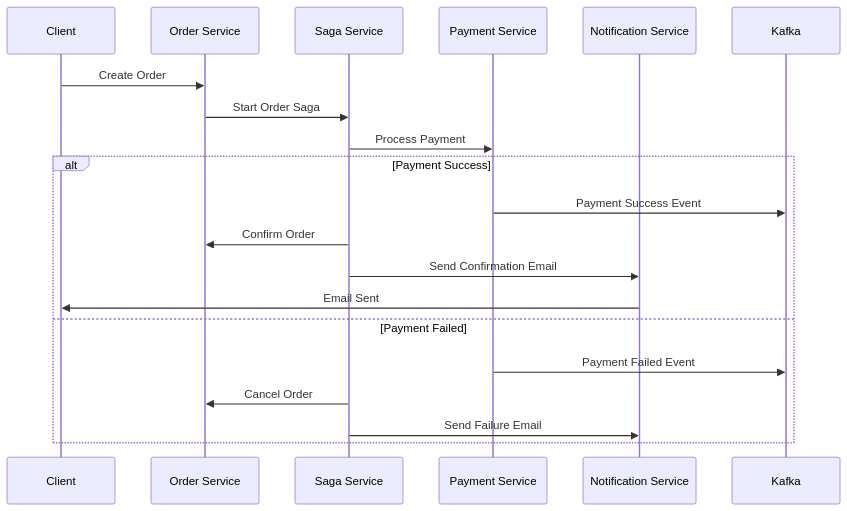
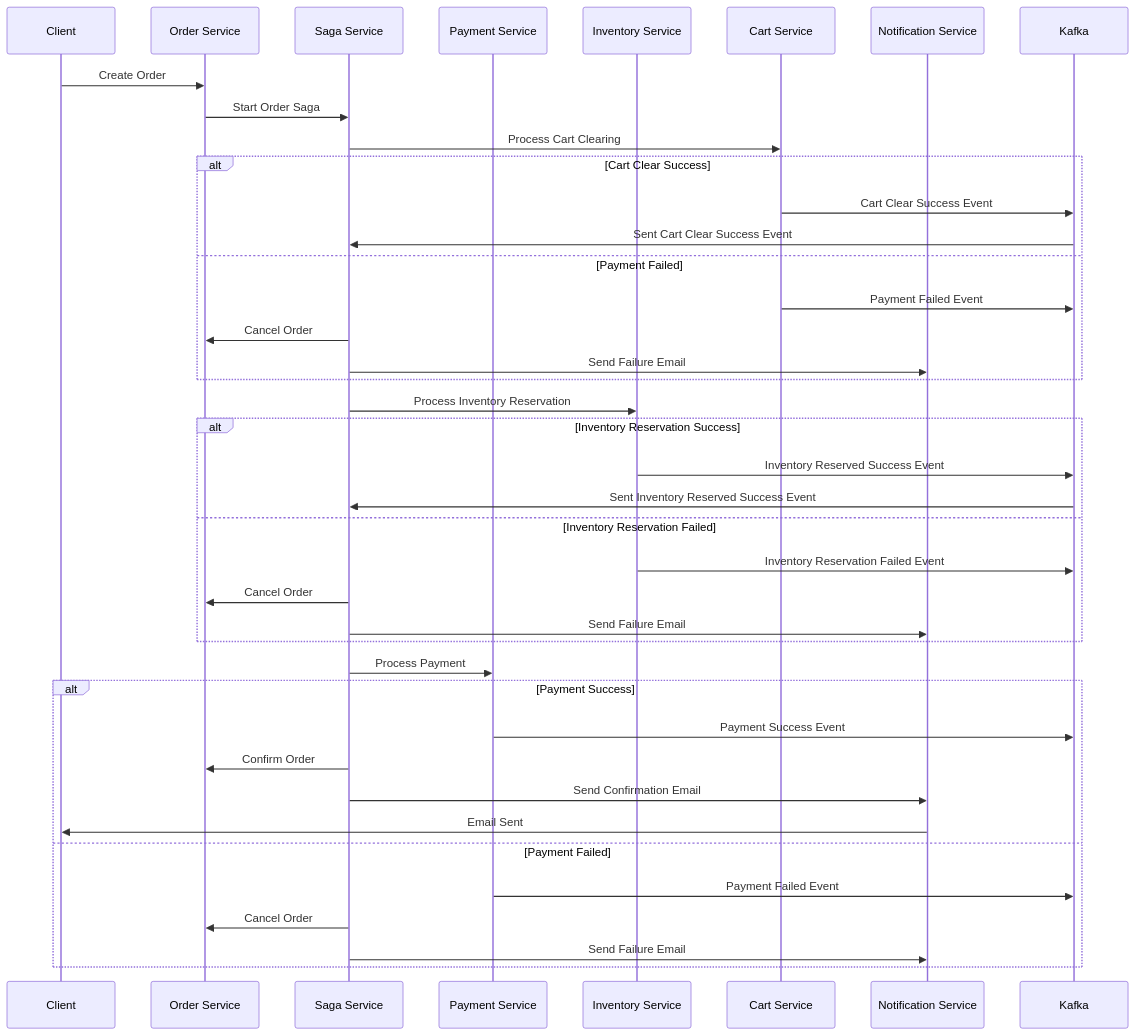
Before and after one commit to Cryptic901/SpringMarket: the second of 2 diagrams in README.md, drawn with Mermaid. The commit also changed other lines of this file and 743 other files, not shown here.

````diff
--- a/README.md
+++ b/README.md
@@ -237,24 +243,49 @@
 ```mermaid
 sequenceDiagram
     participant Client
     participant OS as Order Service
     participant SS as Saga Service
     participant PS as Payment Service
+    participant IS as Inventory Service
+    participant CS as Cart Service
     participant NS as Notification Service
     participant Kafka
 
     Client->>OS: Create Order
     OS->>SS: Start Order Saga
+    
+    SS->>CS: Process Cart Clearing
+    
+    alt Cart Clear Success
+        CS->>Kafka: Cart Clear Success Event
+        Kafka->>SS: Sent Cart Clear Success Event
+    else Payment Failed
+        CS->>Kafka: Payment Failed Event
+        SS->>OS: Cancel Order
+        SS->>NS: Send Failure Email
+    end
+
+    SS->>IS: Process Inventory Reservation
+
+    alt Inventory Reservation Success
+        IS->>Kafka: Inventory Reserved Success Event
+        Kafka->>SS: Sent Inventory Reserved Success Event
+    else Inventory Reservation Failed
+        IS->>Kafka: Inventory Reservation Failed Event
+        SS->>OS: Cancel Order
+        SS->>NS: Send Failure Email
+    end
+    
     SS->>PS: Process Payment
     
     alt Payment Success
         PS->>Kafka: Payment Success Event
         SS->>OS: Confirm Order
         SS->>NS: Send Confirmation Email
         NS->>Client: Email Sent
     else Payment Failed
         PS->>Kafka: Payment Failed Event
         SS->>OS: Cancel Order
         SS->>NS: Send Failure Email
     end
 ```
````
